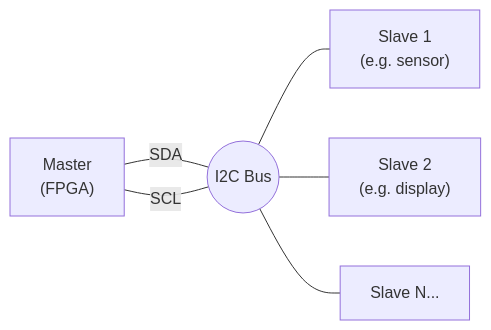
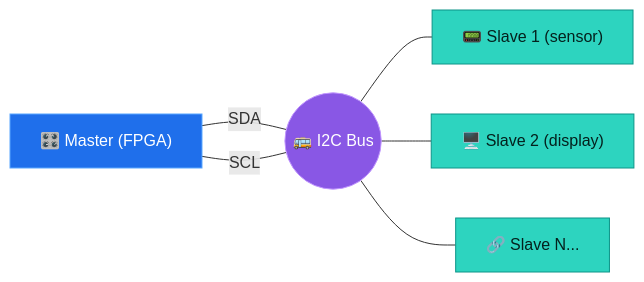
Before and after one commit to Shriram1302/I2C_PROTOCOL_IN_VERILOG: the first of 6 diagrams in README.md, drawn with Mermaid. The commit also changed other lines of this file, not shown here.

````diff
--- a/README.md
+++ b/README.md
@@ -36,8 +45,14 @@
 ```mermaid
 graph LR
-    M["Master<br/>(FPGA)"] ---|SDA| BUS((I2C Bus))
+    M["🎛️ Master (FPGA)"] ---|SDA| BUS(("🚌 I2C Bus"))
     M ---|SCL| BUS
-    BUS --- S1["Slave 1<br/>(e.g. sensor)"]
-    BUS --- S2["Slave 2<br/>(e.g. display)"]
-    BUS --- S3["Slave N..."]
+    BUS --- S1["📟 Slave 1 (sensor)"]
+    BUS --- S2["🖥️ Slave 2 (display)"]
+    BUS --- S3["🔗 Slave N..."]
+
+    style M fill:#1f6feb,stroke:#58a6ff,color:#fff
+    style BUS fill:#8957e5,stroke:#c297ff,color:#fff
+    style S1 fill:#2dd4bf,stroke:#0d9488,color:#04211d
+    style S2 fill:#2dd4bf,stroke:#0d9488,color:#04211d
+    style S3 fill:#2dd4bf,stroke:#0d9488,color:#04211d
 ```
````
